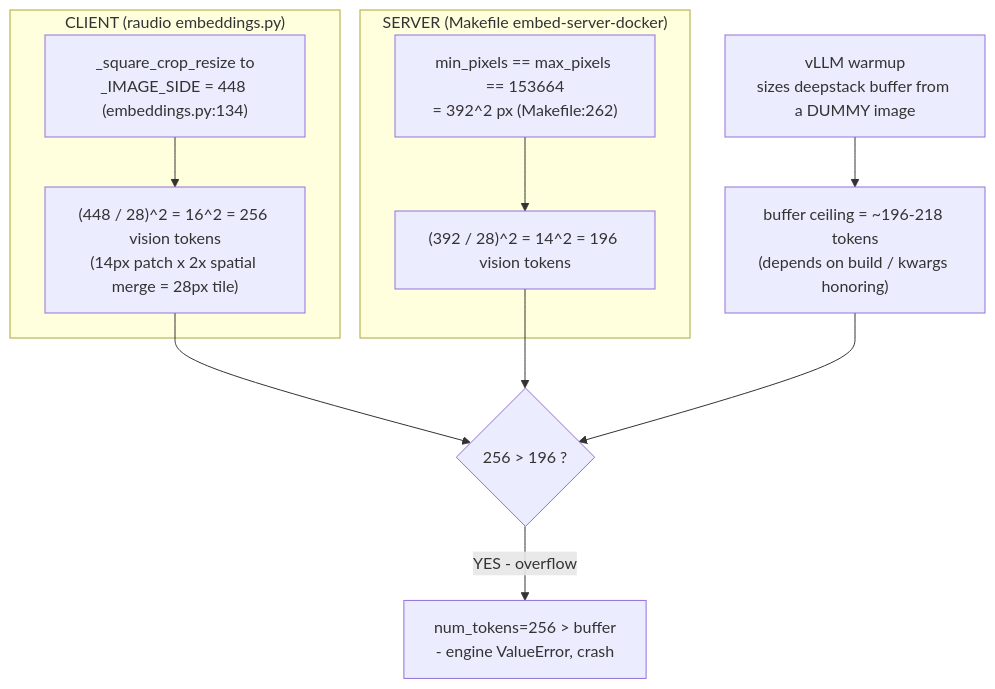
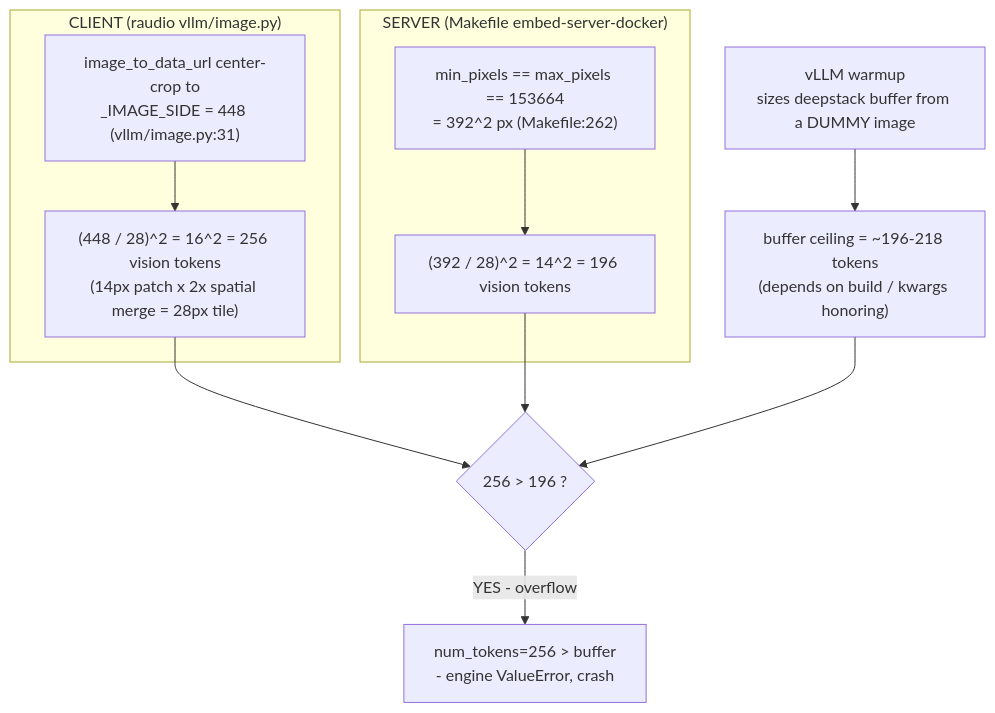
The third of 4 diagrams in docs/INVESTIGATION.md (Borg93/lance-audio-demo), drawn with Mermaid before and after one commit. The commit also changed other lines of this file and 16 other files, not shown here.

First line of the commit message:
Split cli.py into a cli/ package; sync docs to current architecture

````diff
--- a/docs/INVESTIGATION.md
+++ b/docs/INVESTIGATION.md
@@ -203,22 +204,22 @@
 ```mermaid
 flowchart TD
     WU["vLLM warmup<br/>sizes deepstack buffer from a DUMMY image"]
     WU --> CEIL["buffer ceiling = ~196-218 tokens<br/>(depends on build / kwargs honoring)"]
 
-    subgraph client["CLIENT (raudio embeddings.py)"]
-        CIMG["_square_crop_resize to<br/>_IMAGE_SIDE = 448 (embeddings.py:134)"]
+    subgraph client["CLIENT (raudio vllm/image.py)"]
+        CIMG["image_to_data_url center-crop to<br/>_IMAGE_SIDE = 448 (vllm/image.py:31)"]
         CTOK["(448 / 28)^2 = 16^2 = 256 vision tokens<br/>(14px patch x 2x spatial merge = 28px tile)"]
         CIMG --> CTOK
     end
 
     subgraph server["SERVER (Makefile embed-server-docker)"]
         SPIN["min_pixels == max_pixels == 153664<br/>= 392^2 px (Makefile:262)"]
         STOK["(392 / 28)^2 = 14^2 = 196 vision tokens"]
         SPIN --> STOK
     end
 
     CTOK --> CMP{"256 > 196 ?"}
     STOK --> CMP
     CEIL --> CMP
     CMP -->|"YES - overflow"| CRASH["num_tokens=256 > buffer<br/>- engine ValueError, crash"]
 ```
````
